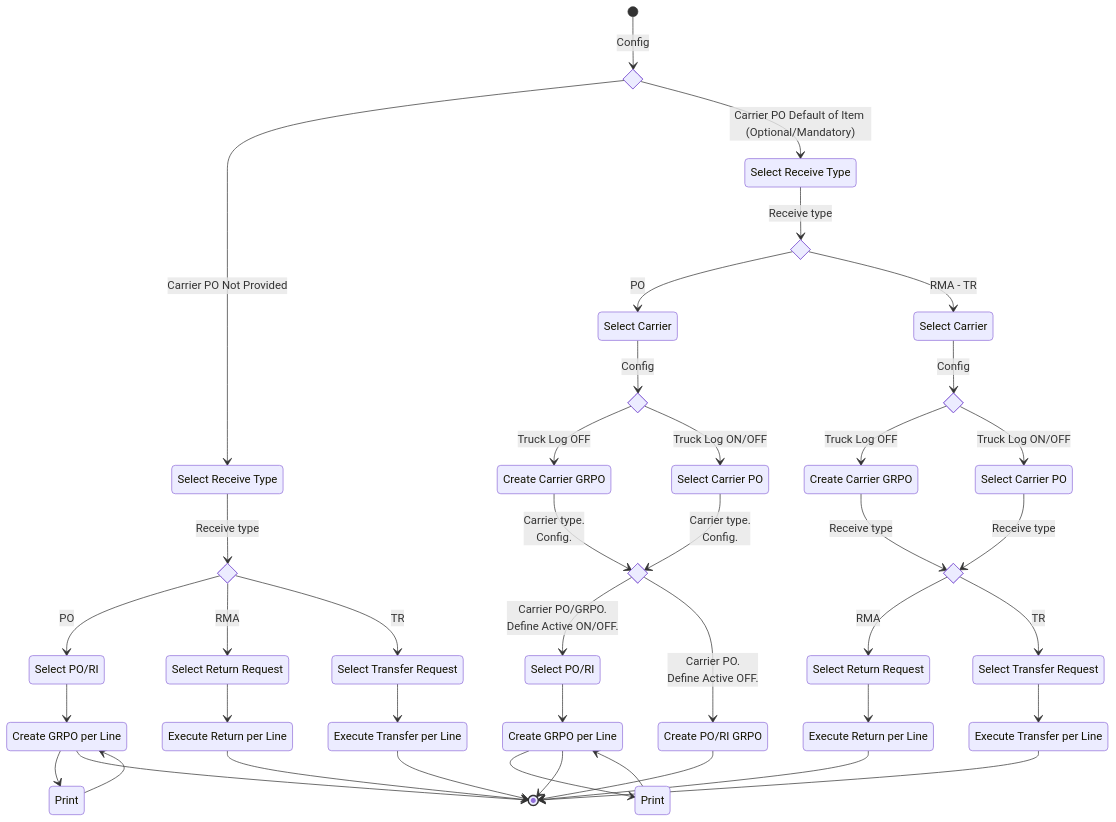
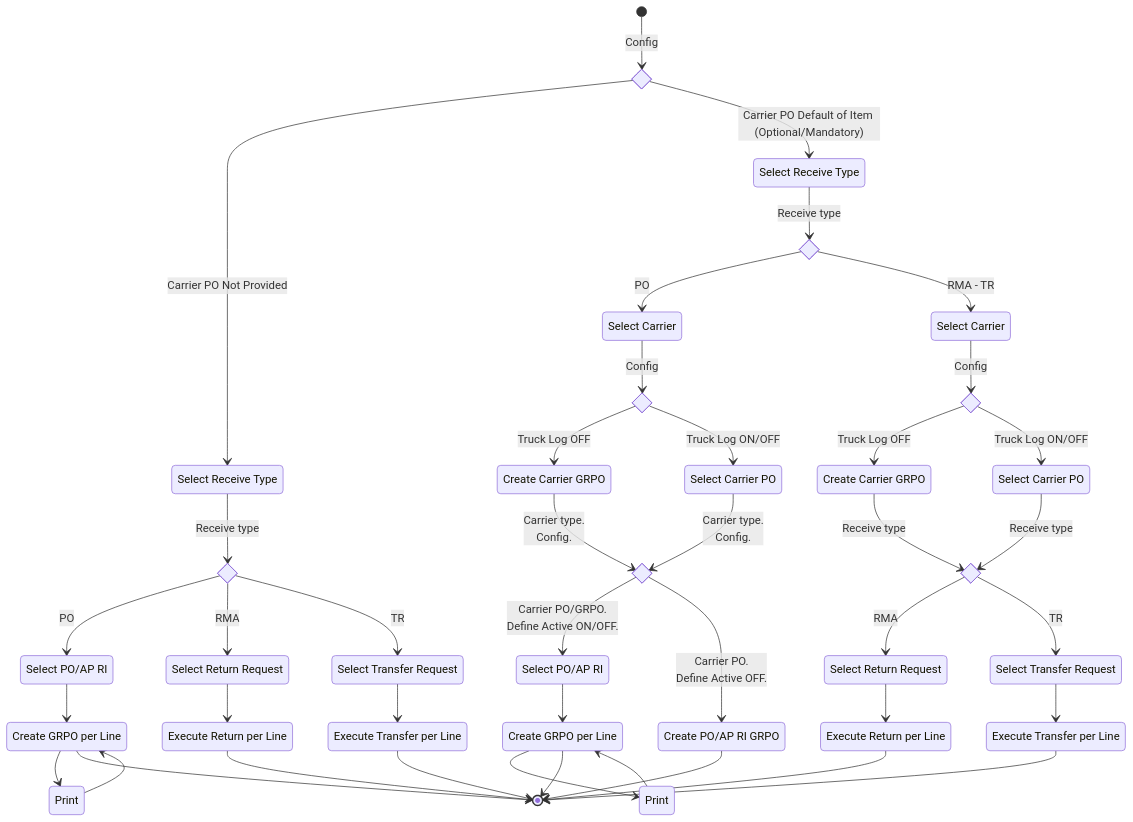
The diagram in docs/core_functions/receive.md (theonewhowritesthedocs/lwms-docs), drawn with Mermaid before and after one commit. The commit also changed other lines of this file, not shown here.

````diff
--- a/docs/core_functions/receive.md
+++ b/docs/core_functions/receive.md
@@ -15,76 +15,76 @@
 ```mermaid
 stateDiagram-v2
     state "Select Receive Type" as receivetype1
     state "Select Receive Type" as receivetype2
     state "Select Carrier" as carrier1
     state "Select Carrier" as carrier2
-    state "Select PO/RI" as pori1
-    state "Select PO/RI" as pori2
+    state "Select PO/AP RI" as pori1
+    state "Select PO/AP RI" as pori2
     state "Select Return Request" as rr1
     state "Select Return Request" as rr2
     state "Select Transfer Request" as tr1
     state "Select Transfer Request" as tr2
     state "Create Carrier GRPO" as carriergrpo1
     state "Create Carrier GRPO" as carriergrpo2
     state "Select Carrier PO" as carrierpo1
     state "Select Carrier PO" as carrierpo2
-    state "Create PO/RI GRPO" as porigrpo
+    state "Create PO/AP RI GRPO" as porigrpo
     state "Create GRPO per Line" as linegrpo1
     state "Create GRPO per Line" as linegrpo2
     state "Execute Return per Line" as return1
     state "Execute Return per Line" as return2
     state "Execute Transfer per Line" as inventorytransfer1
     state "Execute Transfer per Line" as inventorytransfer2
     state "Print" as print1
     state "Print" as print2
 
     state initialconfigchoices <<choice>>
     state receivetypechoices1 <<choice>>
     state receivetypechoices2 <<choice>>
     state carrierchoices1 <<choice>>
     state carrierchoices2 <<choice>>
     state carrierpoandgrpochoices1 <<choice>>
     state carrierpoandgrpochoices2 <<choice>>
 
     [*] --> initialconfigchoices: Config
     initialconfigchoices --> receivetype1: Carrier PO Not Provided
     initialconfigchoices --> receivetype2: Carrier PO Default of Item (Optional/Mandatory)
     receivetype1 --> receivetypechoices1: Receive type
     receivetype2 --> receivetypechoices2: Receive type
     receivetypechoices1 --> pori1: PO
     receivetypechoices1 --> rr1: RMA
     receivetypechoices1 --> tr1: TR
     receivetypechoices2 --> carrier1: PO
     receivetypechoices2 --> carrier2: RMA - TR
     carrier1 --> carrierchoices1: Config
     carrier2 --> carrierchoices2: Config
     carrierchoices1 --> carriergrpo1: Truck Log OFF
     carrierchoices1 --> carrierpo1: Truck Log ON/OFF
     carrierchoices2 --> carriergrpo2: Truck Log OFF
     carrierchoices2 --> carrierpo2: Truck Log ON/OFF
     pori1 --> linegrpo1
     rr1 --> return1
     tr1 --> inventorytransfer1
       carriergrpo1 --> carrierpoandgrpochoices1: Carrier type. <br> Config.
     carrierpo1 --> carrierpoandgrpochoices1: Carrier type. <br> Config.
     carrierpoandgrpochoices1 --> pori2: Carrier PO/GRPO. <br> Define Active ON/OFF.
     carrierpoandgrpochoices1 --> porigrpo: Carrier PO. <br> Define Active OFF.
       carriergrpo2 --> carrierpoandgrpochoices2: Receive type
     carrierpo2 --> carrierpoandgrpochoices2: Receive type
     carrierpoandgrpochoices2 --> rr2: RMA
     carrierpoandgrpochoices2 --> tr2: TR
     pori2 --> linegrpo2
     rr2 --> return2
     tr2 --> inventorytransfer2
     porigrpo --> [*]
     linegrpo1 --> print1
     linegrpo1 --> [*]
     linegrpo2 --> print2
     linegrpo2 --> [*]
     print1 --> linegrpo1
     return1 -->  [*]
     inventorytransfer1 -->  [*]
     print2 --> linegrpo2
     return2 -->  [*]
     inventorytransfer2 -->  [*]
 ```
````
